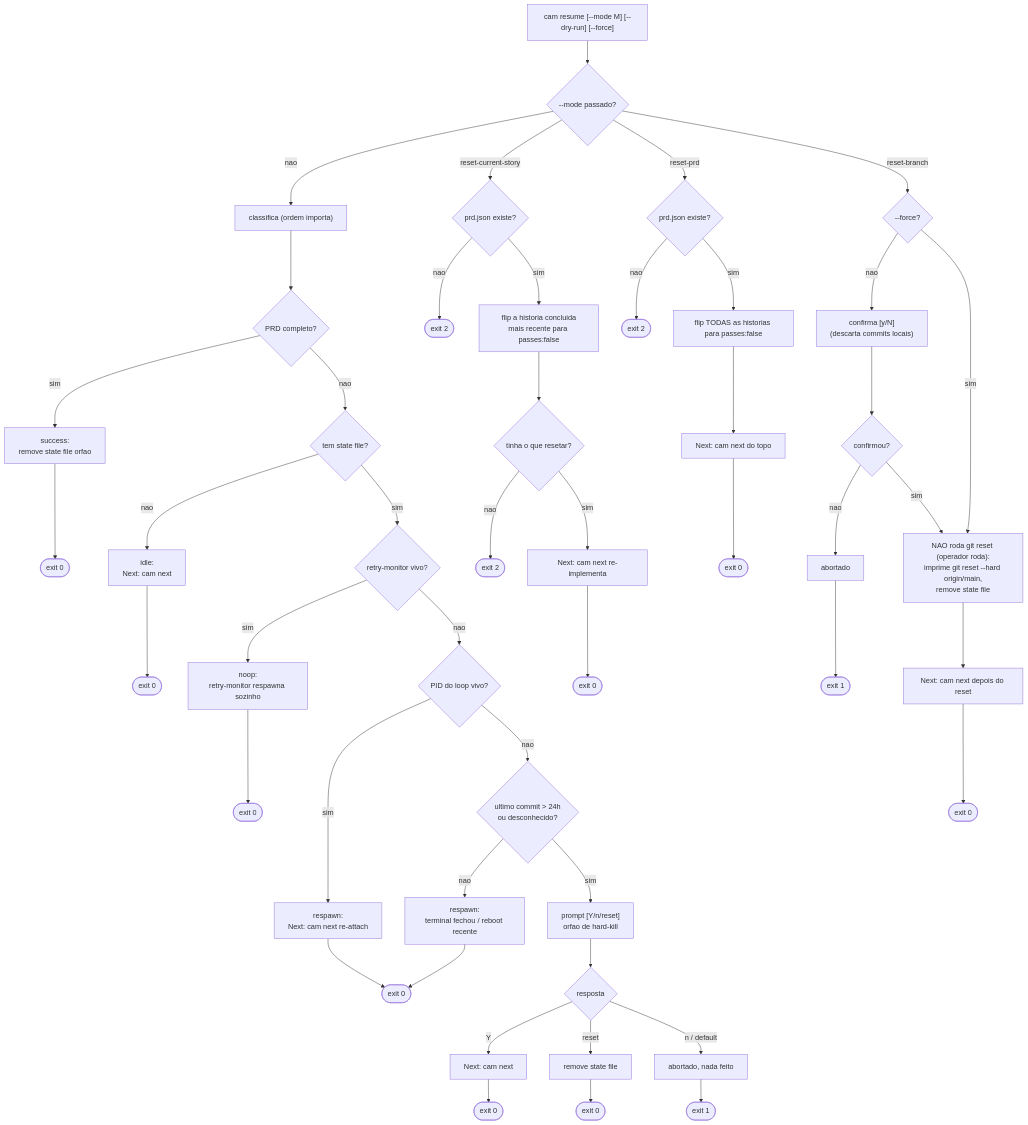
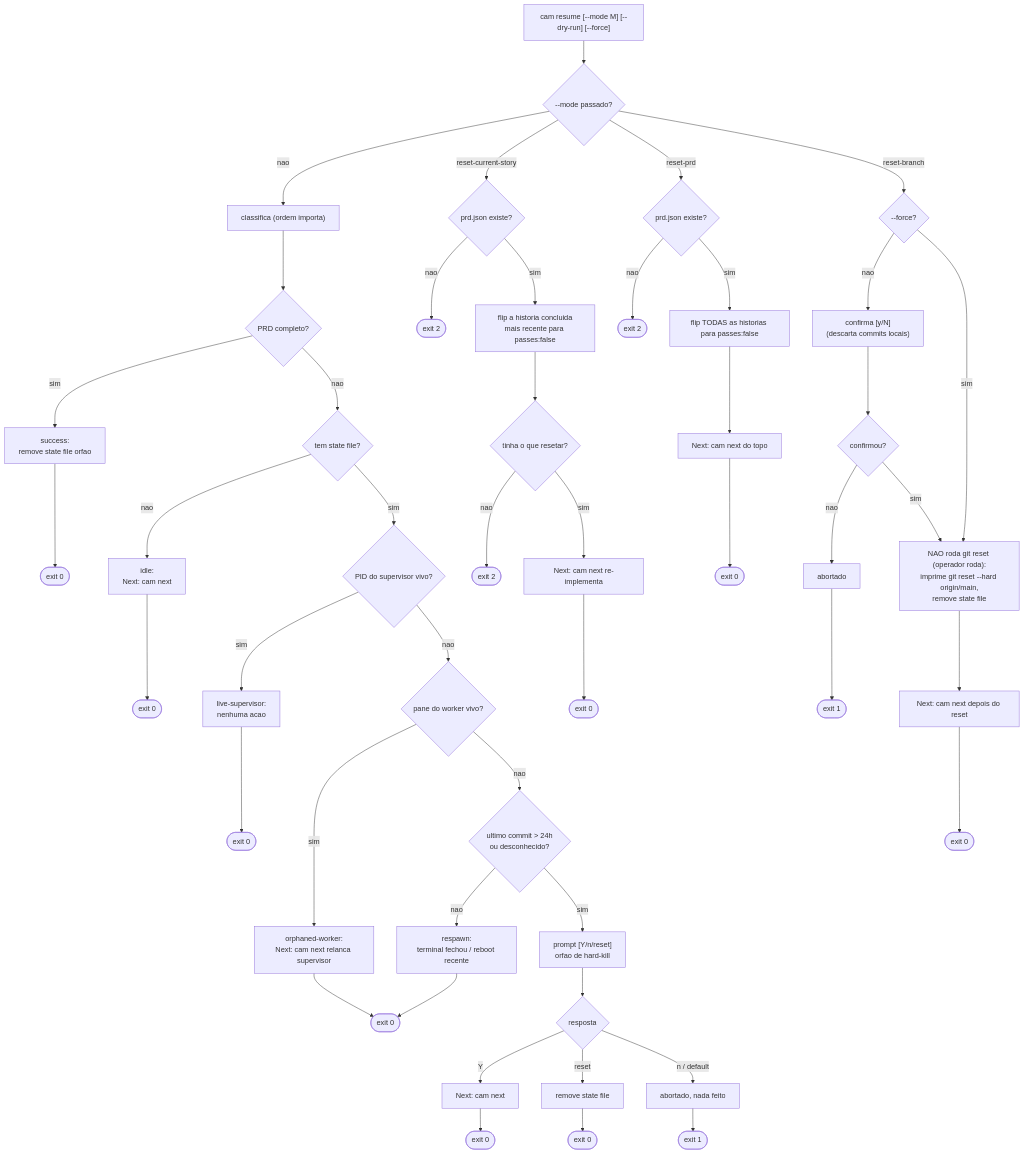
One commit to eduardocaminha/cam-cli changed the seventh of 10 diagrams in FLOW.md. Above: the diagram before and after it, drawn with Mermaid. The commit also changed other lines of this file and 51 other files, not shown here.

````diff
--- a/FLOW.md
+++ b/FLOW.md
@@ -299,47 +295,47 @@
 ```mermaid
 flowchart TD
     A["cam resume [--mode M] [--dry-run] [--force]"] --> MODE{"--mode passado?"}
 
     MODE -->|nao| CLASSIFY["classifica (ordem importa)"]
     CLASSIFY --> C1{"PRD completo?"}
     C1 -->|sim| SUCCESS["success:<br/>remove state file orfao"]
     SUCCESS --> E0a(["exit 0"])
     C1 -->|nao| C2{"tem state file?"}
     C2 -->|nao| IDLE["idle:<br/>Next: cam next"]
     IDLE --> E0b(["exit 0"])
-    C2 -->|sim| C3{"retry-monitor vivo?"}
-    C3 -->|sim| NOOP["noop:<br/>retry-monitor respawna sozinho"]
-    NOOP --> E0c(["exit 0"])
-    C3 -->|nao| C4{"PID do loop vivo?"}
-    C4 -->|sim| RESPAWN1["respawn:<br/>Next: cam next re-attach"]
+    C2 -->|sim| C3{"PID do supervisor vivo?"}
+    C3 -->|sim| LIVE["live-supervisor:<br/>nenhuma acao"]
+    LIVE --> E0c(["exit 0"])
+    C3 -->|nao| C4{"pane do worker vivo?"}
+    C4 -->|sim| ORPHAN["orphaned-worker:<br/>Next: cam next relanca supervisor"]
+    ORPHAN --> E0d(["exit 0"])
     C4 -->|nao| C5{"ultimo commit > 24h<br/>ou desconhecido?"}
-    C5 -->|nao| RESPAWN2["respawn:<br/>terminal fechou / reboot recente"]
-    RESPAWN1 --> E0d(["exit 0"])
-    RESPAWN2 --> E0d
+    C5 -->|nao| RESPAWN["respawn:<br/>terminal fechou / reboot recente"]
+    RESPAWN --> E0d
     C5 -->|sim| PROMPT["prompt [Y/n/reset]<br/>orfao de hard-kill"]
 
     PROMPT --> P{"resposta"}
     P -->|"Y"| PY["Next: cam next"] --> E0e(["exit 0"])
     P -->|"reset"| PR["remove state file"] --> E0f(["exit 0"])
     P -->|"n / default"| PN["abortado, nada feito"] --> E1(["exit 1"])
 
     MODE -->|"reset-current-story"| RCS{"prd.json existe?"}
     RCS -->|nao| RCSE(["exit 2"])
     RCS -->|sim| RCS2["flip a historia concluida<br/>mais recente para passes:false"]
     RCS2 --> RCS3{"tinha o que resetar?"}
     RCS3 -->|nao| RCSE2(["exit 2"])
     RCS3 -->|sim| RCSOK["Next: cam next re-implementa"] --> E0g(["exit 0"])
 
     MODE -->|"reset-prd"| RP{"prd.json existe?"}
     RP -->|nao| RPE(["exit 2"])
     RP -->|sim| RP2["flip TODAS as historias para passes:false"]
     RP2 --> RPOK["Next: cam next do topo"] --> E0h(["exit 0"])
 
     MODE -->|"reset-branch"| RB{"--force?"}
     RB -->|nao| RBC["confirma [y/N]<br/>(descarta commits locais)"]
     RBC --> RBCA{"confirmou?"}
     RBCA -->|nao| RBN["abortado"] --> E1b(["exit 1"])
     RBCA -->|sim| RBDO
     RB -->|sim| RBDO["NAO roda git reset (operador roda):<br/>imprime git reset --hard origin/main,<br/>remove state file"]
     RBDO --> RBOK["Next: cam next depois do reset"] --> E0i(["exit 0"])
 ```
````
